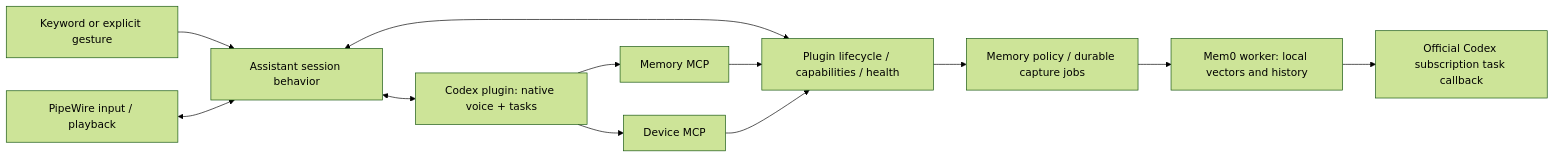
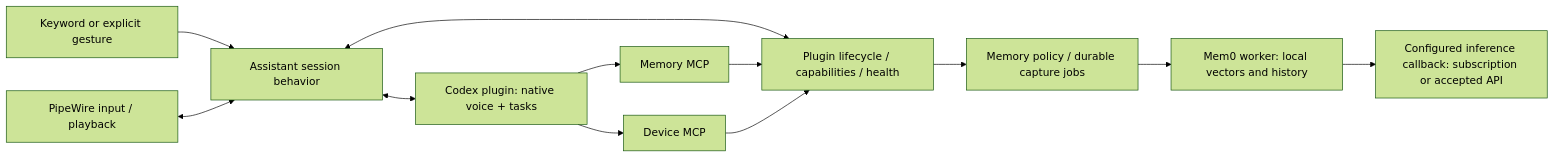
Before and after one commit to macaulishchina/PersonalAgent: the diagram in ARCHITECTURE.md, drawn with Mermaid (forest theme). The commit also changed other lines of this file and 88 other files, not shown here.

````diff
--- a/ARCHITECTURE.md
+++ b/ARCHITECTURE.md
@@ -7,14 +7,14 @@
 ```mermaid
 flowchart LR
   Trigger[Keyword or explicit gesture] --> Assistant[Assistant session behavior]
   Audio[PipeWire input / playback] <--> Assistant
   Assistant <--> Brain[Codex plugin: native voice + tasks]
   Assistant <--> Kernel[Plugin lifecycle / capabilities / health]
   Brain --> MemoryMCP[Memory MCP]
   Brain --> DeviceMCP[Device MCP]
   MemoryMCP --> Kernel
   DeviceMCP --> Kernel
   Kernel --> Memory[Memory policy / durable capture jobs]
   Memory --> BM[Mem0 worker: local vectors and history]
-  BM --> Curator[Official Codex subscription task callback]
+  BM --> Curator[Configured inference callback: subscription or accepted API]
 ```
````
